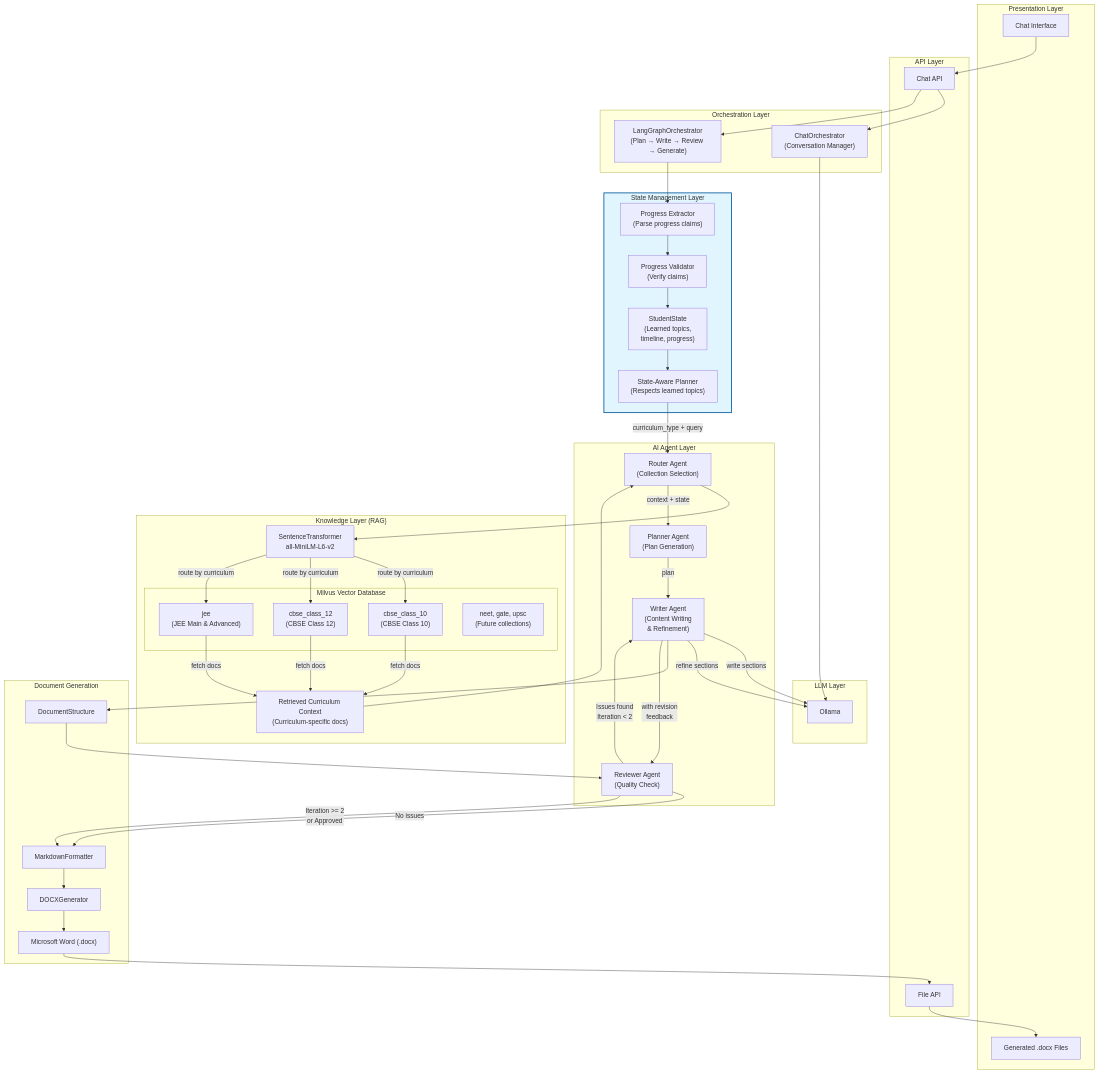
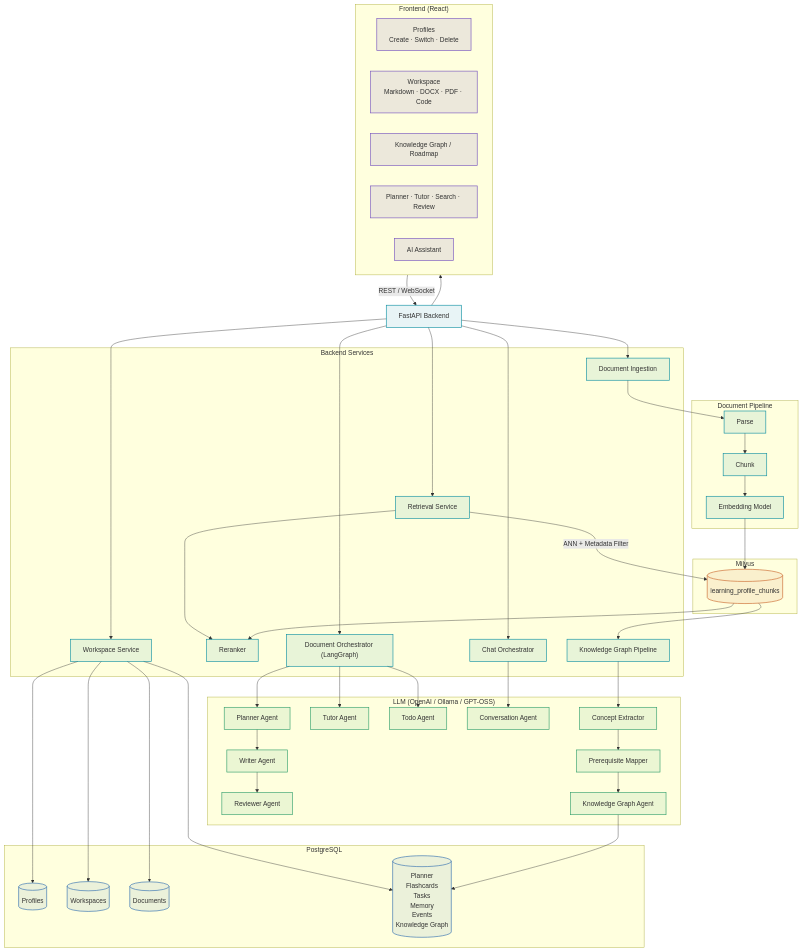
Before and after one commit to mohammed1916/RAGmultiAgentRevisableDocGenerator: the diagram in docs/diagrams/ARCHITECTURE.mermaid, drawn with Mermaid. The commit also changed 8 other files, not shown here.

First line of the commit message:
Editable roadmap + AI-generated planner, flashcards, and subjects

```diff
--- a/docs/diagrams/ARCHITECTURE.mermaid
+++ b/docs/diagrams/ARCHITECTURE.mermaid
@@ -1,128 +1,133 @@
-graph TB
+flowchart TB
 
-%% =========================
-%% Presentation Layer
-%% =========================
-subgraph Presentation["Presentation Layer"]
-    UI["Chat Interface"]
-    Files["Generated .docx Files"]
+%% ==========================================================
+%% Frontend
+%% ==========================================================
+subgraph CLIENT["Frontend (React)"]
+    Profiles["Profiles<br/>Create · Switch · Delete"]
+    Workspace["Workspace<br/>Markdown · DOCX · PDF · Code"]
+    Roadmap["Knowledge Graph / Roadmap"]
+    Planner["Planner · Tutor · Search · Review"]
+    AI["AI Assistant"]
 end
 
-%% =========================
-%% API Layer
-%% =========================
-subgraph API["API Layer"]
-    ChatAPI["Chat API"]
-    FileAPI["File API"]
+API["FastAPI Backend"]
+
+CLIENT -->|REST / WebSocket| API
+API --> CLIENT
+
+%% ==========================================================
+%% Backend Services
+%% ==========================================================
+subgraph BACKEND["Backend Services"]
+
+    WorkspaceSvc["Workspace Service"]
+    Ingest["Document Ingestion"]
+    Retrieve["Retrieval Service"]
+    Rerank["Reranker"]
+    Graph["Knowledge Graph Pipeline"]
+    DocAgent["Document Orchestrator (LangGraph)"]
+    ChatAgent["Chat Orchestrator"]
+
 end
 
-%% =========================
-%% Orchestration Layer
-%% =========================
-subgraph Orch["Orchestration Layer"]
-    ChatOrch["ChatOrchestrator<br/>(Conversation Manager)"]
-    LangGraph["LangGraphOrchestrator<br/>(Plan → Write → Review → Generate)"]
+API --> WorkspaceSvc
+API --> Ingest
+API --> Retrieve
+API --> DocAgent
+API --> ChatAgent
+
+Retrieve --> Rerank
+
+%% ==========================================================
+%% PostgreSQL
+%% ==========================================================
+subgraph PG["PostgreSQL"]
+
+ProfilesDB[("Profiles")]
+WorkspaceDB[("Workspaces")]
+DocsDB[("Documents")]
+MetaDB[("Planner<br/>Flashcards<br/>Tasks<br/>Memory<br/>Events<br/>Knowledge Graph")]
+
 end
 
-%% =========================
-%% AI Agents
-%% =========================
-subgraph Agents["AI Agent Layer"]
-    Router["Router Agent<br/>(Collection Selection)"]
-    Planner["Planner Agent<br/>(Plan Generation)"]
-    Writer["Writer Agent<br/>(Content Writing<br/>& Refinement)"]
-    Reviewer["Reviewer Agent<br/>(Quality Check)"]
+WorkspaceSvc --> ProfilesDB
+WorkspaceSvc --> WorkspaceDB
+WorkspaceSvc --> DocsDB
+WorkspaceSvc --> MetaDB
+
+%% ==========================================================
+%% Document Ingestion
+%% ==========================================================
+subgraph PIPE["Document Pipeline"]
+
+Parse["Parse"]
+Chunk["Chunk"]
+Embed["Embedding Model"]
+
 end
 
-%% =========================
-%% Knowledge Layer
-%% =========================
-subgraph Knowledge["Knowledge Layer (RAG)"]
-    Embed["SentenceTransformer<br/>all-MiniLM-L6-v2"]
-    subgraph MilvusCollections["Milvus Vector Database"]
-        Col10["cbse_class_10<br/>(CBSE Class 10)"]
-        Col12["cbse_class_12<br/>(CBSE Class 12)"]
-        ColJEE["jee<br/>(JEE Main & Advanced)"]
-        ColOther["neet, gate, upsc<br/>(Future collections)"]
-    end
-    Context["Retrieved Curriculum Context<br/>(Curriculum-specific docs)"]
+Ingest --> Parse
+Parse --> Chunk
+Chunk --> Embed
+
+%% ==========================================================
+%% Vector Database
+%% ==========================================================
+subgraph VDB["Milvus"]
+
+Vectors[("learning_profile_chunks")]
+
 end
 
-%% =========================
-%% LLM Layer
-%% =========================
-subgraph LLM["LLM Layer"]
-    Ollama["Ollama"]
+Embed --> Vectors
+Retrieve -->|ANN + Metadata Filter| Vectors
+Vectors --> Rerank
+Vectors --> Graph
+
+%% ==========================================================
+%% AI Models
+%% ==========================================================
+subgraph LLM["LLM (OpenAI / Ollama / GPT-OSS)"]
+
+PlannerAgent["Planner Agent"]
+WriterAgent["Writer Agent"]
+ReviewerAgent["Reviewer Agent"]
+TutorAgent["Tutor Agent"]
+TodoAgent["Todo Agent"]
+ChatLLM["Conversation Agent"]
+
+ConceptAgent["Concept Extractor"]
+PrereqAgent["Prerequisite Mapper"]
+KnowledgeAgent["Knowledge Graph Agent"]
+
 end
 
-%% =========================
-%% Document Generation
-%% =========================
-subgraph Docs["Document Generation"]
-    Structure["DocumentStructure"]
-    Markdown["MarkdownFormatter"]
-    DOCX["DOCXGenerator"]
-    Word["Microsoft Word (.docx)"]
-end
+DocAgent --> PlannerAgent
+PlannerAgent --> WriterAgent
+WriterAgent --> ReviewerAgent
 
-%% =========================
-%% State Management Layer
-%% =========================
-subgraph StateManagement["State Management Layer"]
-    Extractor["Progress Extractor<br/>(Parse progress claims)"]
-    Validator["Progress Validator<br/>(Verify claims)"]
-    State["StudentState<br/>(Learned topics,<br/>timeline, progress)"]
-    SAP["State-Aware Planner<br/>(Respects learned topics)"]
-end
+ChatAgent --> ChatLLM
+DocAgent --> TodoAgent
+DocAgent --> TutorAgent
 
-%% =========================
-%% Flow
-%% =========================
+Graph --> ConceptAgent
+ConceptAgent --> PrereqAgent
+PrereqAgent --> KnowledgeAgent
 
-UI --> ChatAPI
+KnowledgeAgent --> MetaDB
 
-ChatAPI --> ChatOrch
-ChatAPI --> LangGraph
+%% ==========================================================
+%% Styling
+%% ==========================================================
+classDef client fill:#7451bf22,stroke:#7451bf,stroke-width:1.5px;
+classDef backend fill:#0c8fa218,stroke:#0c8fa2,stroke-width:1.5px;
+classDef storage fill:#2f6db018,stroke:#2f6db0,stroke-width:1.5px;
+classDef vector fill:#c9642a18,stroke:#c9642a,stroke-width:1.5px;
+classDef ai fill:#2f9e6b18,stroke:#2f9e6b,stroke-width:1.5px;
 
-ChatOrch --> Ollama
-
-%% State extraction and management
-LangGraph --> Extractor
-Extractor --> Validator
-Validator --> State
-State --> SAP
-
-%% Planning with state awareness + document retrieval
-SAP -->|curriculum_type + query| Router
-Router --> Embed
-Embed -->|route by curriculum| Col10
-Embed -->|route by curriculum| Col12
-Embed -->|route by curriculum| ColJEE
-Col10 -->|fetch docs| Context
-Col12 -->|fetch docs| Context
-ColJEE -->|fetch docs| Context
-Context --> Router
-
-Router -->|context + state| Planner
-
-Planner -->|plan| Writer
-
-Writer -->|write sections| Ollama
-Writer -->|refine sections| Ollama
-
-Writer --> Structure
-
-Structure --> Reviewer
-
-Reviewer -->|No issues| Markdown
-Reviewer -->|Issues found<br/>Iteration < 2| Writer
-Writer -->|with revision<br/>feedback| Reviewer
-Reviewer -->|Iteration >= 2<br/>or Approved| Markdown
-
-Markdown --> DOCX
-DOCX --> Word
-
-Word --> FileAPI
-FileAPI --> Files
-
-style StateManagement fill:#e1f5ff,stroke:#01579b,stroke-width:2px
+class Profiles,Workspace,Roadmap,Planner,AI client;
+class API,WorkspaceSvc,Ingest,Retrieve,Rerank,Graph,DocAgent,ChatAgent,Parse,Chunk,Embed backend;
+class ProfilesDB,WorkspaceDB,DocsDB,MetaDB storage;
+class Vectors vector;
+class PlannerAgent,WriterAgent,ReviewerAgent,TutorAgent,TodoAgent,ChatLLM,ConceptAgent,PrereqAgent,KnowledgeAgent ai;
```
